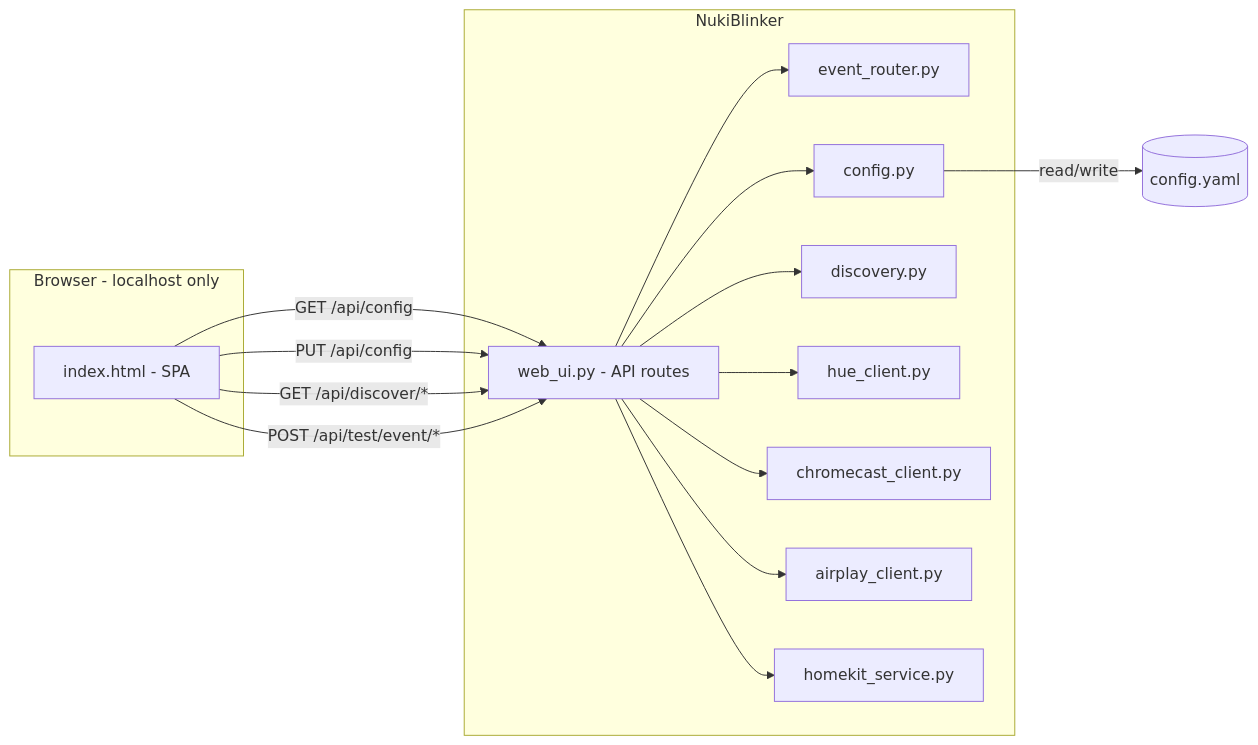
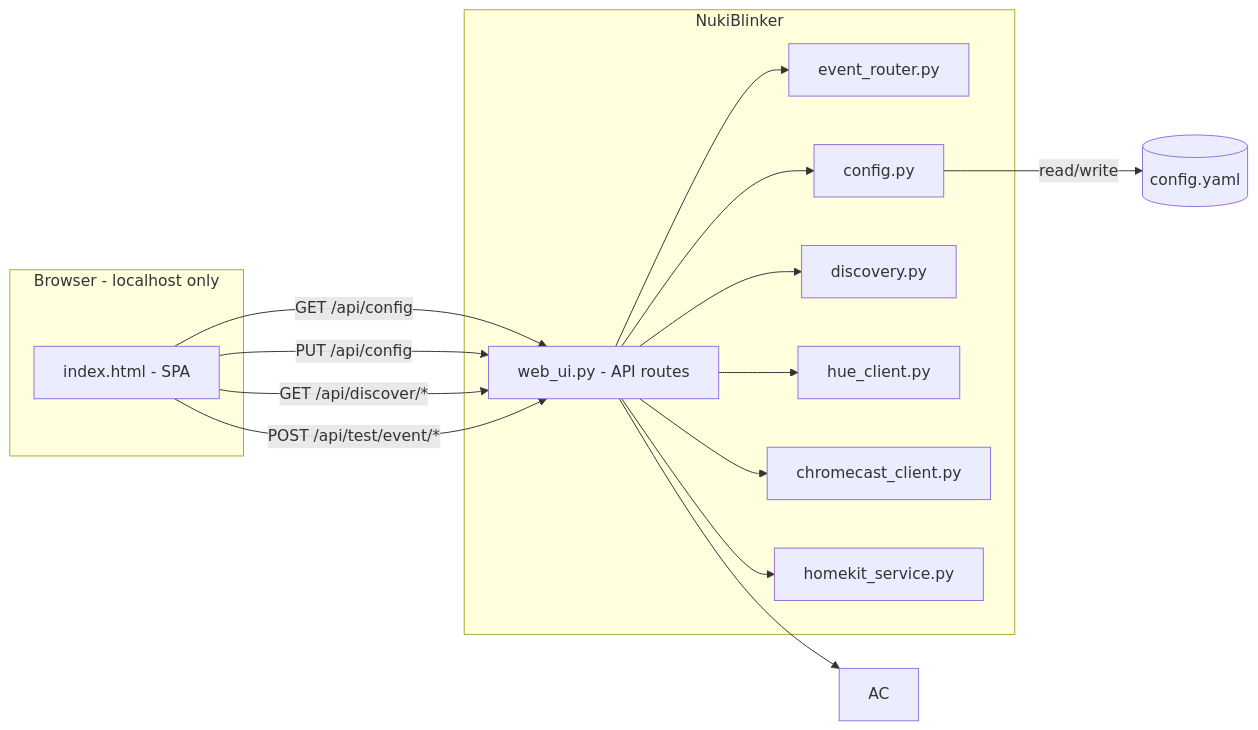
One commit to nicdobler/NukiBlinker changed the fourth of 5 diagrams in specs/tech-spec.md. Above: the diagram before and after it, drawn with Mermaid. The commit also changed other lines of this file and 23 other files, not shown here.

````diff
--- a/specs/tech-spec.md
+++ b/specs/tech-spec.md
@@ -555,30 +532,29 @@
 ```mermaid
 flowchart LR
     subgraph Browser [Browser - localhost only]
         UI[index.html - SPA]
     end
 
     subgraph NukiBlinker
         WUI[web_ui.py - API routes]
         ER[event_router.py]
         CFG[config.py]
         DISC[discovery.py]
         HC[hue_client.py]
         CC[chromecast_client.py]
-        AC[airplay_client.py]
         HKS[homekit_service.py]
     end
 
     UI -->|GET /api/config| WUI
     UI -->|PUT /api/config| WUI
     UI -->|GET /api/discover/*| WUI
     UI -->|POST /api/test/event/*| WUI
     WUI --> CFG
     WUI --> ER
     WUI --> DISC
     WUI --> HC
     WUI --> CC
     WUI --> AC
     WUI --> HKS
     CFG -->|read/write| YAML[(config.yaml)]
 ```
````
